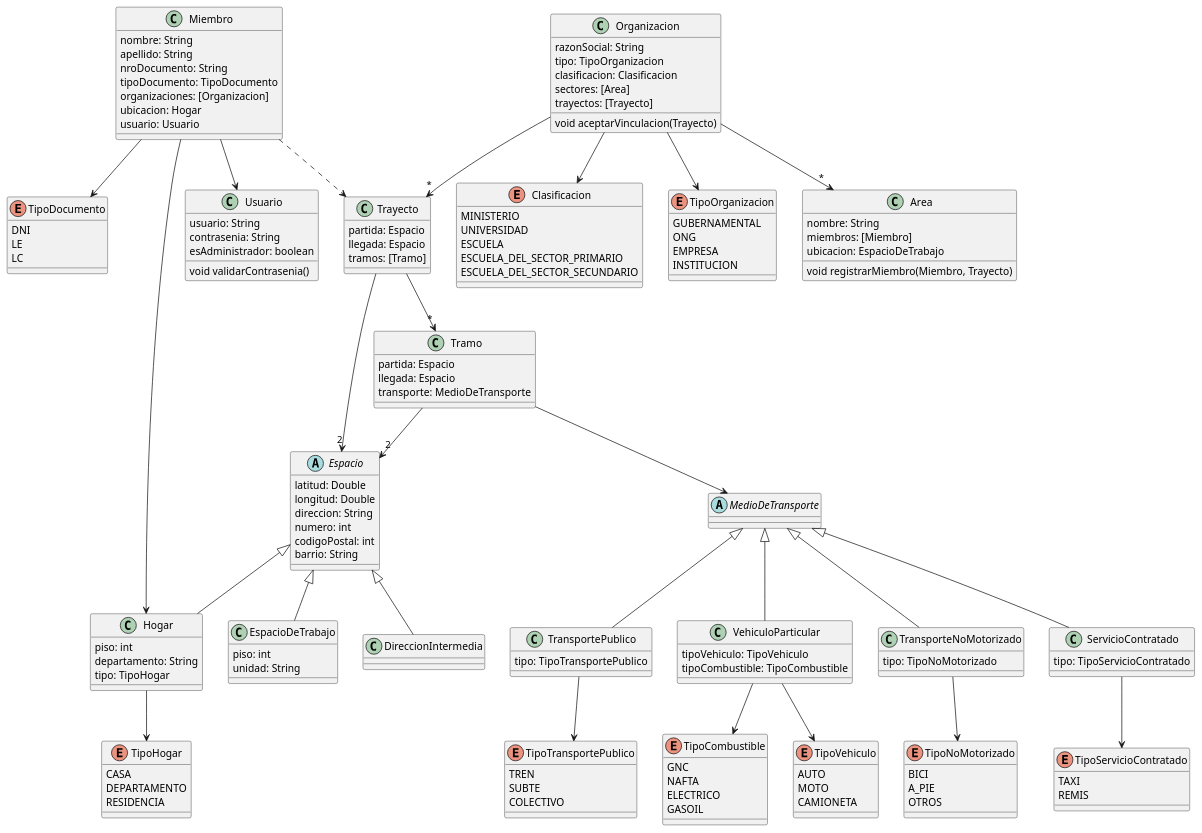
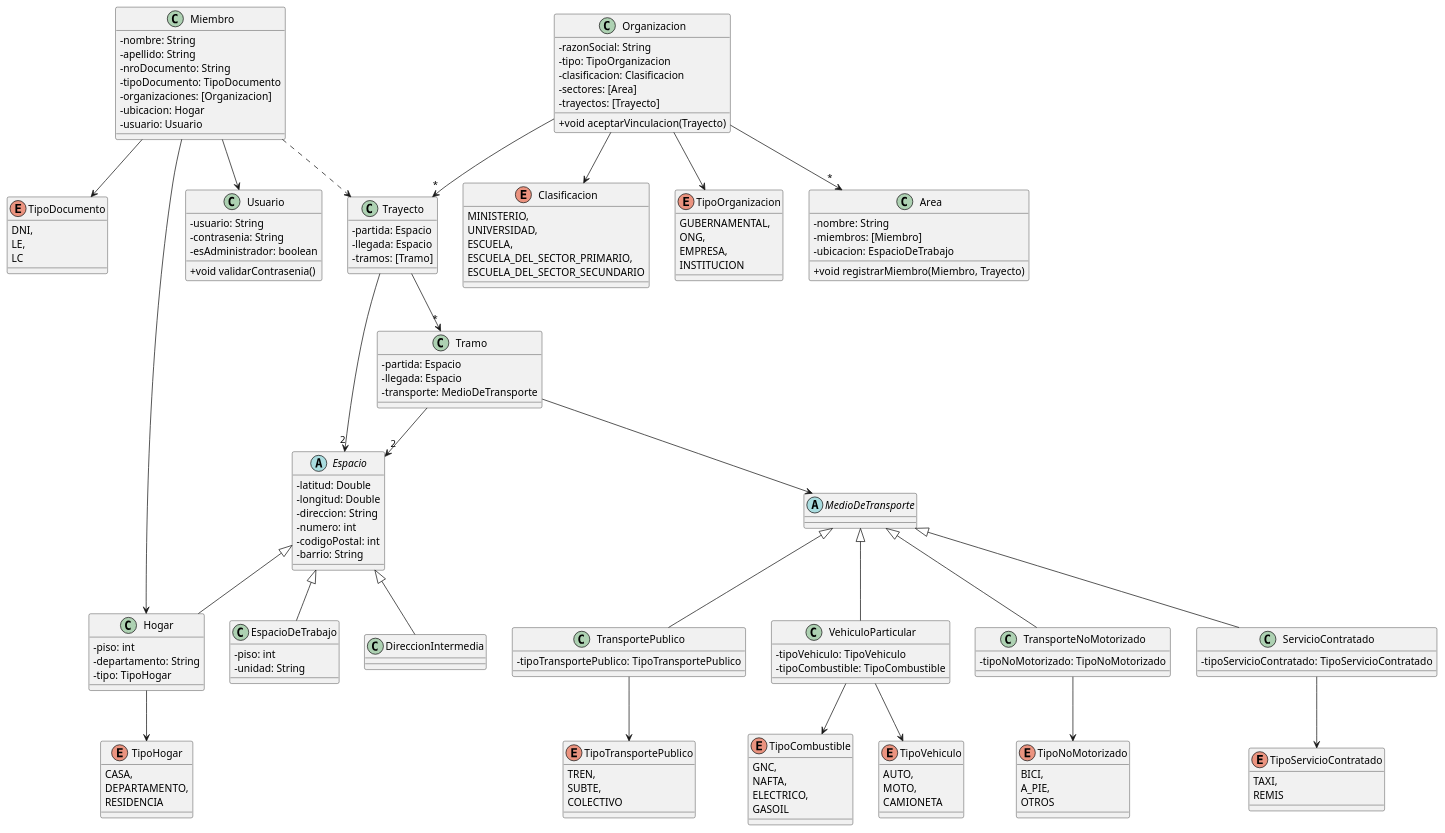
Before and after one commit to IgnacioG2000/TP-DDS: the diagram in src/MiImpactoAmbiental.puml, drawn with PlantUML. The commit also changed 10 other files, not shown here.

```diff
--- a/src/MiImpactoAmbiental.puml
+++ b/src/MiImpactoAmbiental.puml
@@ -1,179 +1,180 @@
 @startuml
+skinparam classAttributeIconSize 0
 class Miembro {
-nombre: String
-apellido: String
-nroDocumento: String
-tipoDocumento: TipoDocumento
-organizaciones: [Organizacion]
-ubicacion: Hogar
-usuario: Usuario
+-nombre: String
+-apellido: String
+-nroDocumento: String
+-tipoDocumento: TipoDocumento
+-organizaciones: [Organizacion]
+-ubicacion: Hogar
+-usuario: Usuario
 }
 
 class Organizacion {
-razonSocial: String
-tipo: TipoOrganizacion
-clasificacion: Clasificacion
-sectores: [Area]
-trayectos: [Trayecto]
+-razonSocial: String
+-tipo: TipoOrganizacion
+-clasificacion: Clasificacion
+-sectores: [Area]
+-trayectos: [Trayecto]
 
-void aceptarVinculacion(Trayecto)
++void aceptarVinculacion(Trayecto)
 }
 
 class Trayecto {
-partida: Espacio
-llegada: Espacio
-tramos: [Tramo]
+-partida: Espacio
+-llegada: Espacio
+-tramos: [Tramo]
 }
 
 class Area {
-nombre: String
-miembros: [Miembro]
-ubicacion: EspacioDeTrabajo
+-nombre: String
+-miembros: [Miembro]
+-ubicacion: EspacioDeTrabajo
 
-void registrarMiembro(Miembro, Trayecto)
++void registrarMiembro(Miembro, Trayecto)
 }
 
 enum TipoDocumento {
-DNI
-LE
+DNI,
+LE,
 LC
 }
 
 enum Clasificacion {
-MINISTERIO
-UNIVERSIDAD
-ESCUELA
-ESCUELA_DEL_SECTOR_PRIMARIO
+MINISTERIO,
+UNIVERSIDAD,
+ESCUELA,
+ESCUELA_DEL_SECTOR_PRIMARIO,
 ESCUELA_DEL_SECTOR_SECUNDARIO
 }
 
 enum TipoOrganizacion {
-GUBERNAMENTAL
-ONG
-EMPRESA
+GUBERNAMENTAL,
+ONG,
+EMPRESA,
 INSTITUCION
 }
 
 abstract class MedioDeTransporte {
 
 }
 
 class Tramo {
-partida: Espacio
-llegada: Espacio
-transporte: MedioDeTransporte
+-partida: Espacio
+-llegada: Espacio
+-transporte: MedioDeTransporte
 }
 
 class VehiculoParticular extends MedioDeTransporte {
-tipoVehiculo: TipoVehiculo
-tipoCombustible: TipoCombustible
+-tipoVehiculo: TipoVehiculo
+-tipoCombustible: TipoCombustible
 }
 
 enum TipoCombustible {
-GNC
-NAFTA
-ELECTRICO
+GNC,
+NAFTA,
+ELECTRICO,
 GASOIL
 }
 
 enum TipoVehiculo {
-AUTO
-MOTO
+AUTO,
+MOTO,
 CAMIONETA
 }
 
 class TransporteNoMotorizado extends MedioDeTransporte {
-tipo: TipoNoMotorizado
+-tipoNoMotorizado: TipoNoMotorizado
 }
 
 enum TipoNoMotorizado {
-BICI
-A_PIE
+BICI,
+A_PIE,
 OTROS
 }
 
 class ServicioContratado extends MedioDeTransporte {
-tipo: TipoServicioContratado
+-tipoServicioContratado: TipoServicioContratado
 }
 
 enum TipoServicioContratado {
-TAXI
+TAXI,
 REMIS
 }
 
 class TransportePublico extends MedioDeTransporte {
-tipo: TipoTransportePublico
+-tipoTransportePublico: TipoTransportePublico
 }
 
 enum TipoTransportePublico {
-TREN
-SUBTE
+TREN,
+SUBTE,
 COLECTIVO
 }
 
 abstract class Espacio {
-latitud: Double
-longitud: Double
-direccion: String
-numero: int
-codigoPostal: int
-barrio: String
+-latitud: Double
+-longitud: Double
+-direccion: String
+-numero: int
+-codigoPostal: int
+-barrio: String
 }
 
 class DireccionIntermedia extends Espacio {
 
 }
 
 class Hogar extends Espacio {
-piso: int
-departamento: String
-tipo: TipoHogar
+-piso: int
+-departamento: String
+-tipo: TipoHogar
 }
 
 class EspacioDeTrabajo extends Espacio {
-piso: int
-unidad: String
+-piso: int
+-unidad: String
 }
 
 enum TipoHogar {
-CASA
-DEPARTAMENTO
+CASA,
+DEPARTAMENTO,
 RESIDENCIA
 }
 
 class Usuario {
-usuario: String
-contrasenia: String
-esAdministrador: boolean
+-usuario: String
+-contrasenia: String
+-esAdministrador: boolean
 
-void validarContrasenia()
++void validarContrasenia()
 }
 
 Miembro --> TipoDocumento
 Miembro --> Hogar
 Miembro --> Usuario
 Miembro ..> Trayecto
 
 Organizacion --> "*" Area
 Organizacion --> TipoOrganizacion
 Organizacion --> Clasificacion
 Organizacion --> "*" Trayecto
 
 Trayecto --> "2" Espacio
 Trayecto --> "*" Tramo
 
 Tramo --> "2" Espacio
 Tramo --> MedioDeTransporte
 
 Hogar --> TipoHogar
 
 VehiculoParticular --> TipoVehiculo
 VehiculoParticular --> TipoCombustible
 
 ServicioContratado --> TipoServicioContratado
 
 TransportePublico --> TipoTransportePublico
 
 TransporteNoMotorizado --> TipoNoMotorizado
 
 @enduml
```
